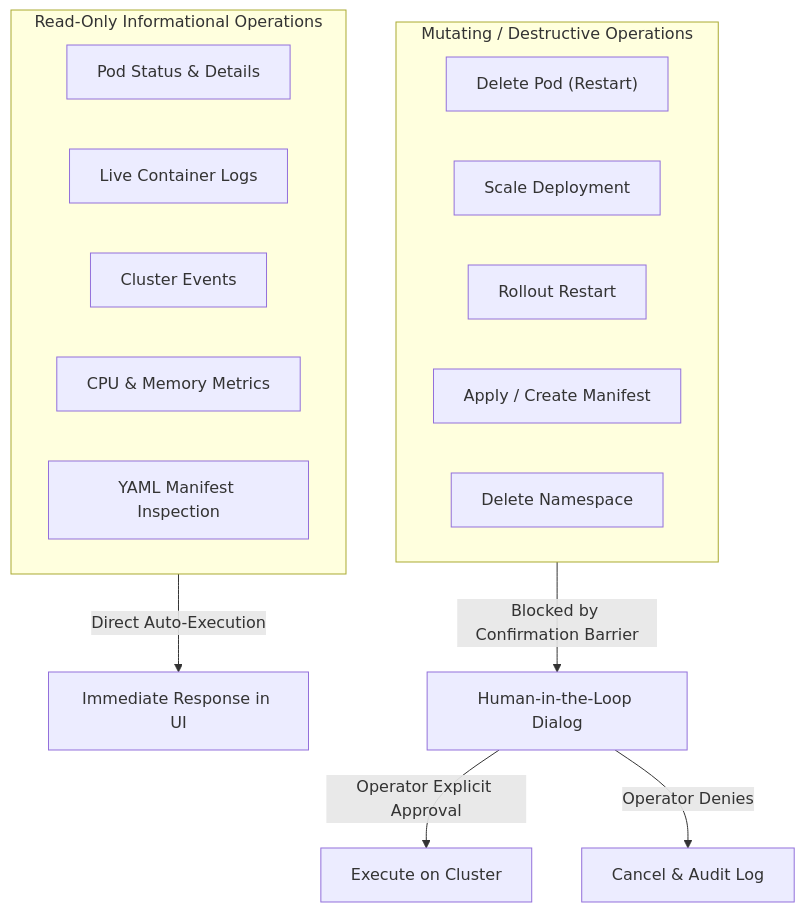
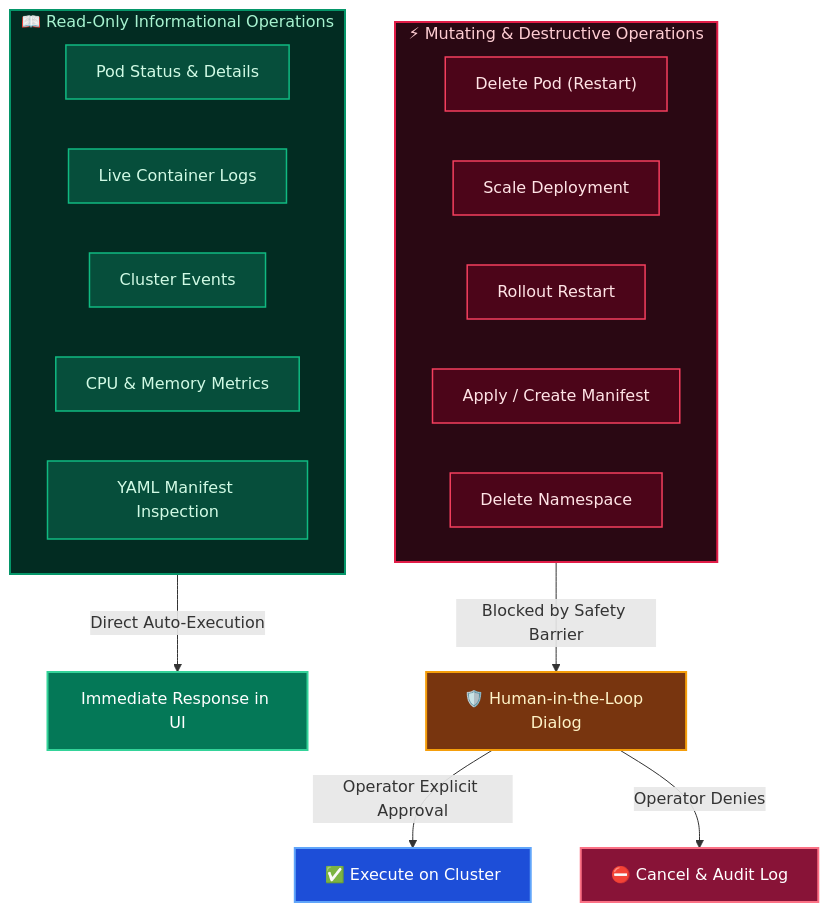
The sixth of 6 diagrams in ARCHITECTURE.md (yashasbn/K8Pilot), drawn with Mermaid before and after one commit. The commit also changed other lines of this file, not shown here.

Commit message:
docs: add vibrant color palettes and custom styling to mermaid architecture diagrams

````diff
--- a/ARCHITECTURE.md
+++ b/ARCHITECTURE.md
@@ -226,23 +250,33 @@
 ```mermaid
 flowchart TD
-    subgraph Class1["Read-Only Informational Operations"]
-        R1["Pod Status & Details"]
-        R2["Live Container Logs"]
-        R3["Cluster Events"]
-        R4["CPU & Memory Metrics"]
-        R5["YAML Manifest Inspection"]
+    classDef readStyle fill:#064e3b,stroke:#10b981,stroke-width:1.5px,color:#d1fae5;
+    classDef mutateStyle fill:#4c0519,stroke:#f43f5e,stroke-width:1.5px,color:#ffe4e6;
+    classDef safeOutStyle fill:#047857,stroke:#34d399,stroke-width:2px,color:#ffffff;
+    classDef guardStyle fill:#78350f,stroke:#f59e0b,stroke-width:2px,color:#fef3c7;
+    classDef execStyle fill:#1d4ed8,stroke:#60a5fa,stroke-width:2px,color:#ffffff;
+    classDef abortStyle fill:#881337,stroke:#fb7185,stroke-width:2px,color:#ffffff;
+
+    subgraph Class1["📖 Read-Only Informational Operations"]
+        R1["Pod Status & Details"]:::readStyle
+        R2["Live Container Logs"]:::readStyle
+        R3["Cluster Events"]:::readStyle
+        R4["CPU & Memory Metrics"]:::readStyle
+        R5["YAML Manifest Inspection"]:::readStyle
     end
 
-    subgraph Class2["Mutating / Destructive Operations"]
-        M1["Delete Pod (Restart)"]
-        M2["Scale Deployment"]
-        M3["Rollout Restart"]
-        M4["Apply / Create Manifest"]
-        M5["Delete Namespace"]
+    subgraph Class2["⚡ Mutating & Destructive Operations"]
+        M1["Delete Pod (Restart)"]:::mutateStyle
+        M2["Scale Deployment"]:::mutateStyle
+        M3["Rollout Restart"]:::mutateStyle
+        M4["Apply / Create Manifest"]:::mutateStyle
+        M5["Delete Namespace"]:::mutateStyle
     end
 
-    Class1 -->|"Direct Auto-Execution"| SafeOut["Immediate Response in UI"]
-    Class2 -->|"Blocked by Confirmation Barrier"| Guard["Human-in-the-Loop Dialog"]
-    Guard -->|"Operator Explicit Approval"| Exec["Execute on Cluster"]
-    Guard -->|"Operator Denies"| Abort["Cancel & Audit Log"]
+    Class1 -->|"Direct Auto-Execution"| SafeOut["Immediate Response in UI"]:::safeOutStyle
+    Class2 -->|"Blocked by Safety Barrier"| Guard["🛡️ Human-in-the-Loop Dialog"]:::guardStyle
+    Guard -->|"Operator Explicit Approval"| Exec["✅ Execute on Cluster"]:::execStyle
+    Guard -->|"Operator Denies"| Abort["⛔ Cancel & Audit Log"]:::abortStyle
+
+    style Class1 fill:#022c22,stroke:#059669,stroke-width:2px,color:#a7f3d0
+    style Class2 fill:#2a0813,stroke:#e11d48,stroke-width:2px,color:#fecdd3
 ```
````
